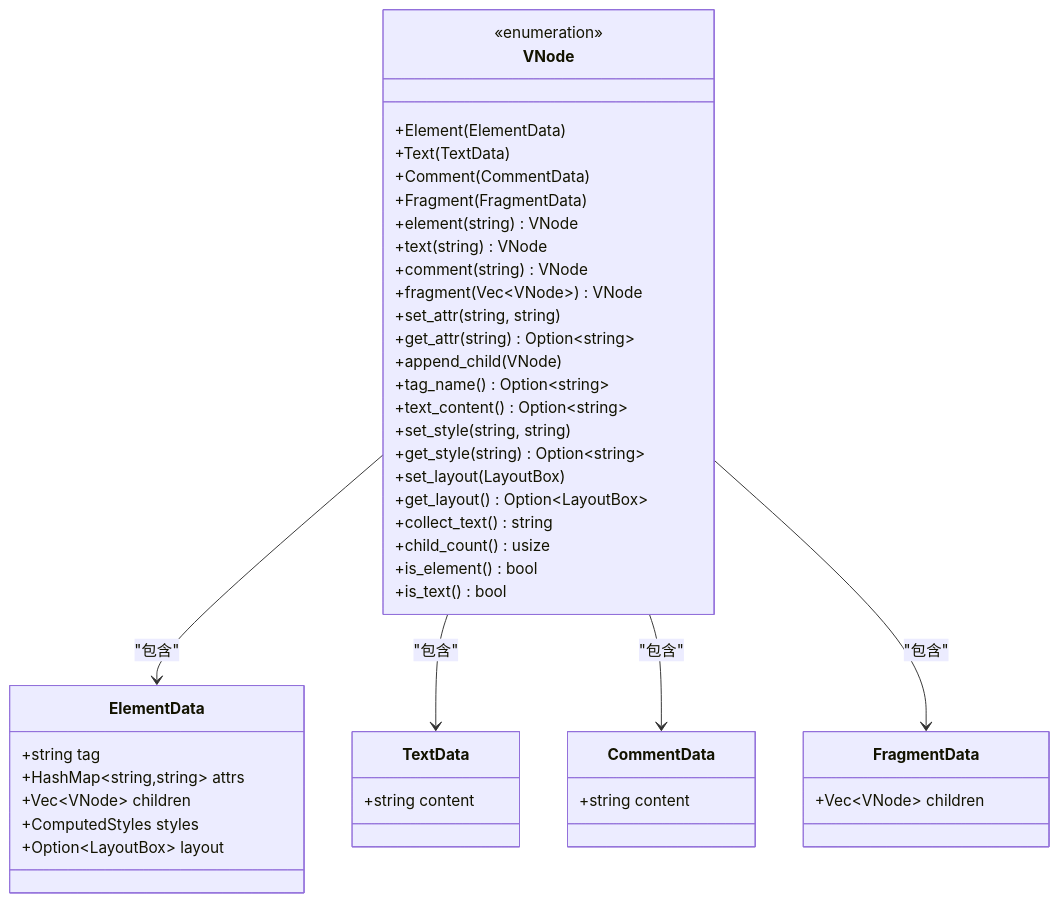
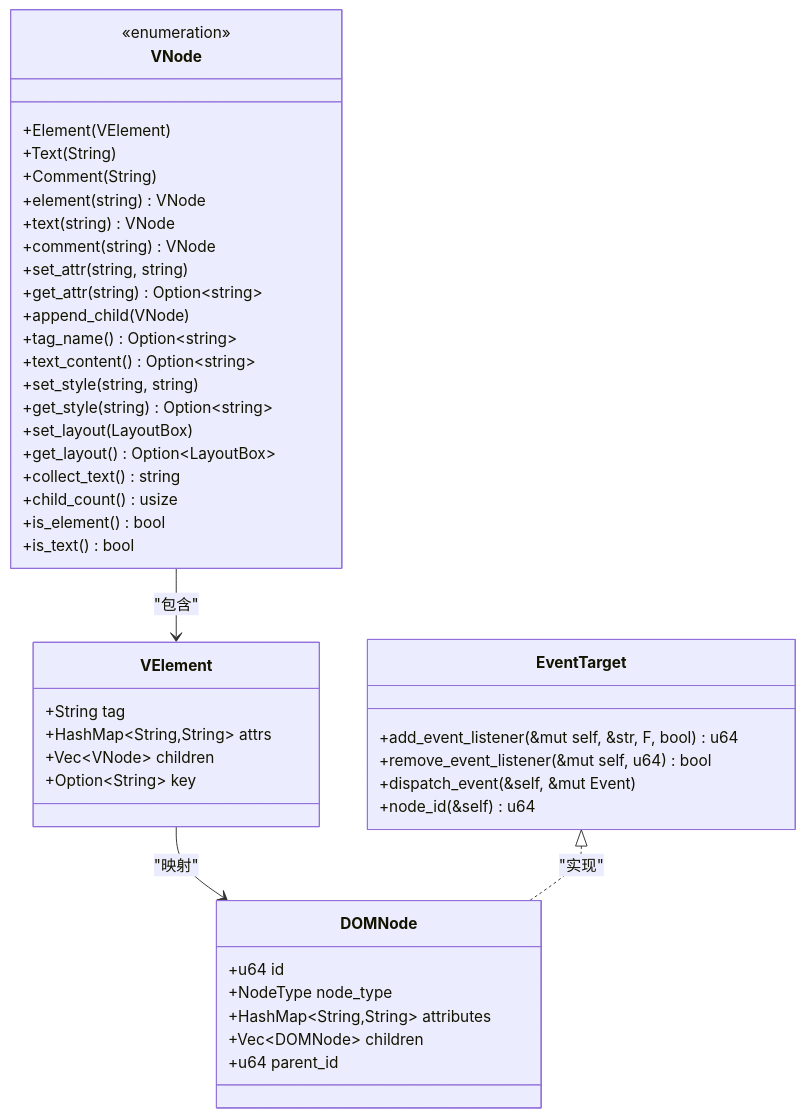
The sixth of 9 diagrams in .qoder/repowiki/zh/content/技术架构详解/跨端抽象层/iris-dom事件系统.md (itszzl-sudo/iris), drawn with Mermaid before and after one commit. The commit also changed other lines of this file and 8 other files, not shown here.

````diff
--- a/.qoder/repowiki/zh/content/技术架构详解/跨端抽象层/iris-dom事件系统.md
+++ b/.qoder/repowiki/zh/content/技术架构详解/跨端抽象层/iris-dom事件系统.md
@@ -228,47 +297,47 @@
 ```mermaid
 classDiagram
 class VNode {
 <<enumeration>>
-+Element(ElementData)
-+Text(TextData)
-+Comment(CommentData)
-+Fragment(FragmentData)
++Element(VElement)
++Text(String)
++Comment(String)
 +element(string) VNode
 +text(string) VNode
 +comment(string) VNode
-+fragment(Vec~VNode~) VNode
 +set_attr(string, string)
 +get_attr(string) Option~string~
 +append_child(VNode)
 +tag_name() Option~string~
 +text_content() Option~string~
 +set_style(string, string)
 +get_style(string) Option~string~
 +set_layout(LayoutBox)
 +get_layout() Option~LayoutBox~
 +collect_text() string
 +child_count() usize
 +is_element() bool
 +is_text() bool
 }
-class ElementData {
-+string tag
-+HashMap~string,string~ attrs
+class VElement {
++String tag
++HashMap~String,String~ attrs
 +Vec~VNode~ children
-+ComputedStyles styles
-+Option~LayoutBox~ layout
++Option~String~ key
 }
-class TextData {
-+string content
+class DOMNode {
++u64 id
++NodeType node_type
++HashMap~String,String~ attributes
++Vec~DOMNode~ children
++u64 parent_id
 }
-class CommentData {
-+string content
+class EventTarget {
++add_event_listener(&mut self, &str, F, bool) u64
++remove_event_listener(&mut self, u64) bool
++dispatch_event(&self, &mut Event)
++node_id(&self) u64
 }
-class FragmentData {
-+Vec~VNode~ children
-}
-VNode --> ElementData : "包含"
-VNode --> TextData : "包含"
-VNode --> CommentData : "包含"
-VNode --> FragmentData : "包含"
+VNode --> VElement : "包含"
+VElement --> DOMNode : "映射"
+EventTarget <|.. DOMNode : "实现"
 ```
````
